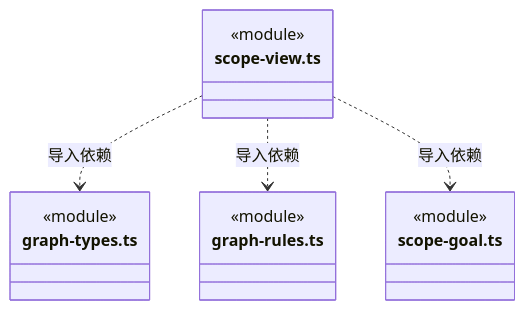
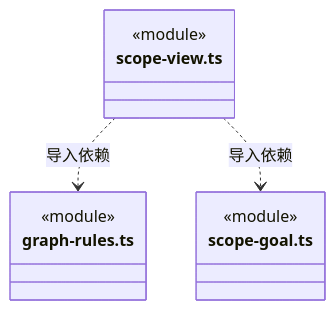
One commit to nan023062/cbim changed diagram 58 of 60 in src/backend/core/tasks/ARCHITECTURE.md. Above: the diagram before and after it, drawn with Mermaid. The commit also changed other lines of this file and 47 other files, not shown here.

````diff
--- a/src/backend/core/tasks/ARCHITECTURE.md
+++ b/src/backend/core/tasks/ARCHITECTURE.md
@@ -1359,18 +1450,14 @@
 ```mermaid
 classDiagram
 class N_src_backend_core_tasks_scope_view_ts["scope-view.ts"] {
-  <<module>>
-}
-class N_src_backend_core_tasks_graph_types_ts["graph-types.ts"] {
   <<module>>
 }
 class N_src_backend_core_tasks_graph_rules_ts["graph-rules.ts"] {
   <<module>>
 }
 class N_src_backend_core_tasks_scope_goal_ts["scope-goal.ts"] {
   <<module>>
 }
-N_src_backend_core_tasks_scope_view_ts ..> N_src_backend_core_tasks_graph_types_ts : 导入依赖
 N_src_backend_core_tasks_scope_view_ts ..> N_src_backend_core_tasks_graph_rules_ts : 导入依赖
 N_src_backend_core_tasks_scope_view_ts ..> N_src_backend_core_tasks_scope_goal_ts : 导入依赖
 ```
````
